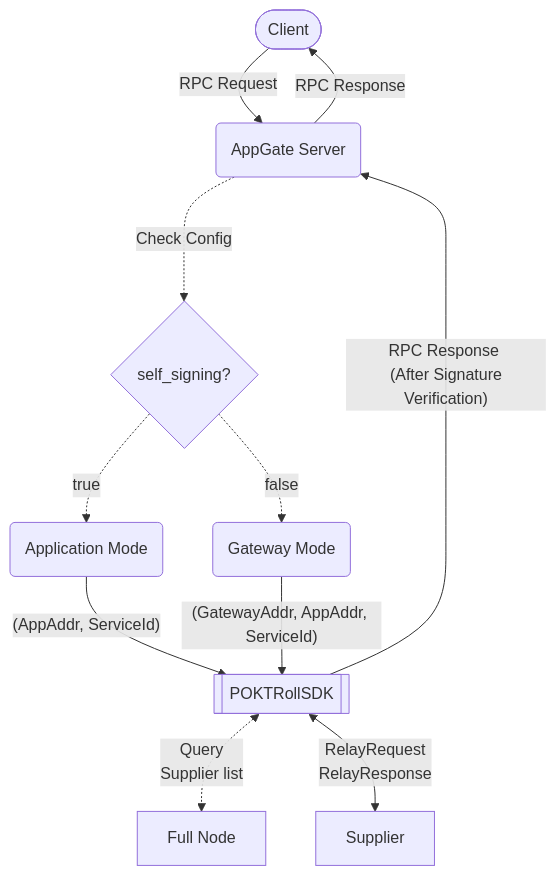
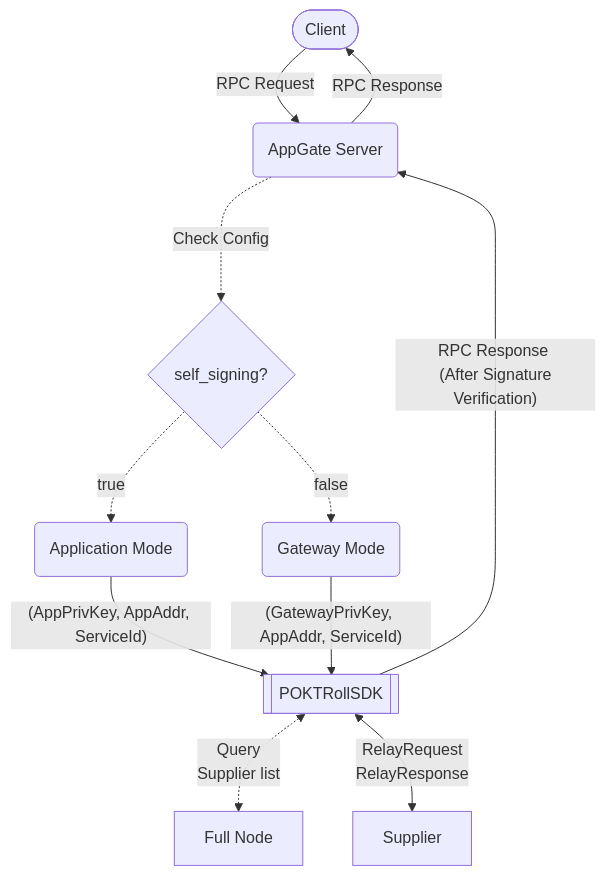
One commit to pokt-network/poktroll changed the diagram in docusaurus/docs/packages/pkg/appgate_server/main.md. Above: the diagram before and after it, drawn with Mermaid. The commit also changed other lines of this file, not shown here.

Commit message:
chore: Remove duplicate warning, adjust architecture diagram

````diff
--- a/docusaurus/docs/packages/pkg/appgate_server/main.md
+++ b/docusaurus/docs/packages/pkg/appgate_server/main.md
@@ -30,22 +30,22 @@
 ```mermaid
 flowchart TB
     Client([Client])
     AGS(AppGate Server)
     SDK[[POKTRollSDK]]
     FN[Full Node]
     S[Supplier]
 
     Client -- RPC Request --> AGS
     AGS -- RPC Response --> Client
 
     AGS -..-> |Check Config| Mode{self_signing?}
     Mode -. true .-> ApplicationMode(Application Mode)
     Mode -. false .-> GatewayMode(Gateway Mode)
 
-    ApplicationMode -- (AppAddr, ServiceId) --> SDK
-    GatewayMode -- (GatewayAddr, AppAddr, ServiceId) --> SDK
+    ApplicationMode -- (AppPrivKey, AppAddr, ServiceId) --> SDK
+    GatewayMode -- (GatewayPrivKey, AppAddr, ServiceId) --> SDK
 
     SDK <-. Query \n Supplier list .-> FN
     SDK <-- RelayRequest \n RelayResponse --> S
     SDK -- RPC Response \n (After Signature Verification) --> AGS
 ```
````
